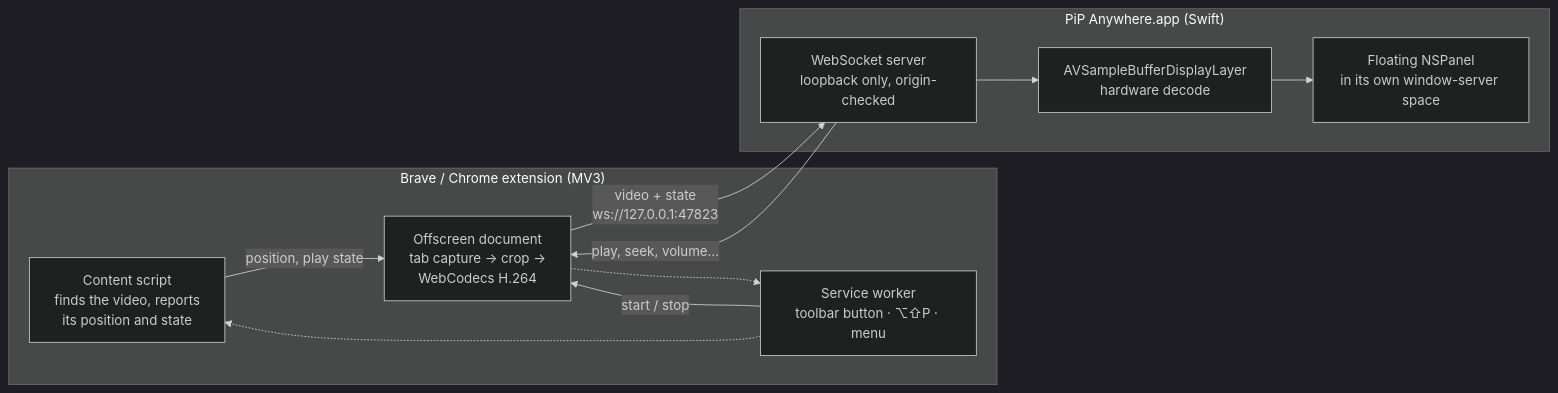
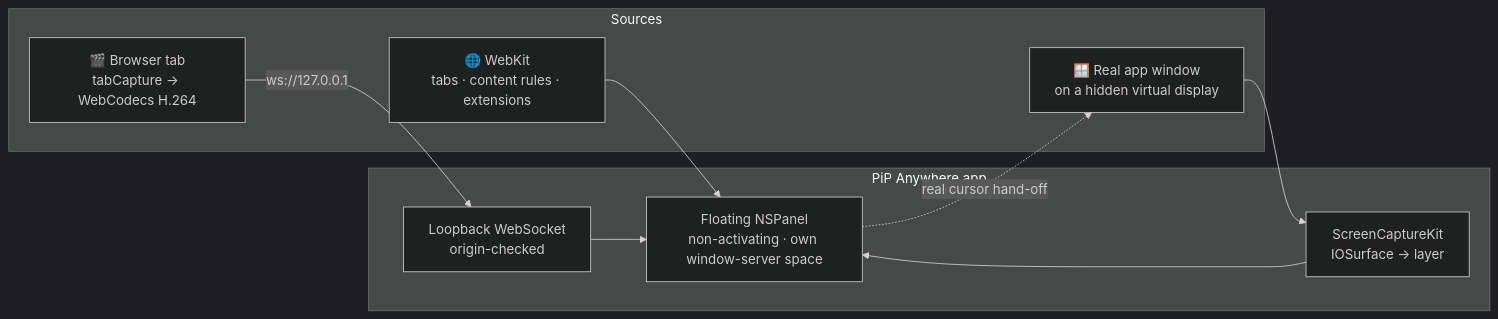
One commit to Naman503/pip-anywhere changed the diagram in README.md. Above: the diagram before and after it, drawn with Mermaid (dark theme). The commit also changed other lines of this file and 9 other files, not shown here.

````diff
--- a/README.md
+++ b/README.md
@@ -68,19 +104,17 @@
 ```mermaid
 flowchart LR
-  subgraph Browser["Brave / Chrome extension (MV3)"]
-    CS["Content script<br/>finds the video, reports<br/>its position and state"]
-    SW["Service worker<br/>toolbar button · ⌥⇧P · menu"]
-    OD["Offscreen document<br/>tab capture → crop →<br/>WebCodecs H.264"]
+  subgraph Sources
+    V["🎬 Browser tab<br/>tabCapture → WebCodecs H.264"]
+    B["🌐 WebKit<br/>tabs · content rules · extensions"]
+    L["🪟 Real app window<br/>on a hidden virtual display"]
   end
-  subgraph Mac["PiP Anywhere.app (Swift)"]
-    WS["WebSocket server<br/>loopback only, origin-checked"]
-    DL["AVSampleBufferDisplayLayer<br/>hardware decode"]
-    PN["Floating NSPanel<br/>in its own window-server space"]
+  subgraph App["PiP Anywhere.app"]
+    WS["Loopback WebSocket<br/>origin-checked"]
+    SCK["ScreenCaptureKit<br/>IOSurface → layer"]
+    P["Floating NSPanel<br/>non-activating · own window-server space"]
   end
-  SW -- start / stop --> OD
-  CS -- "position, play state" --> OD
-  OD -- "video + state<br/>ws://127.0.0.1:47823" --> WS
-  WS -- "play, seek, volume…" --> OD
-  OD -.-> SW -.-> CS
-  WS --> DL --> PN
+  V -- "ws://127.0.0.1" --> WS --> P
+  B --> P
+  L --> SCK --> P
+  P -. "real cursor hand-off" .-> L
 ```
````
